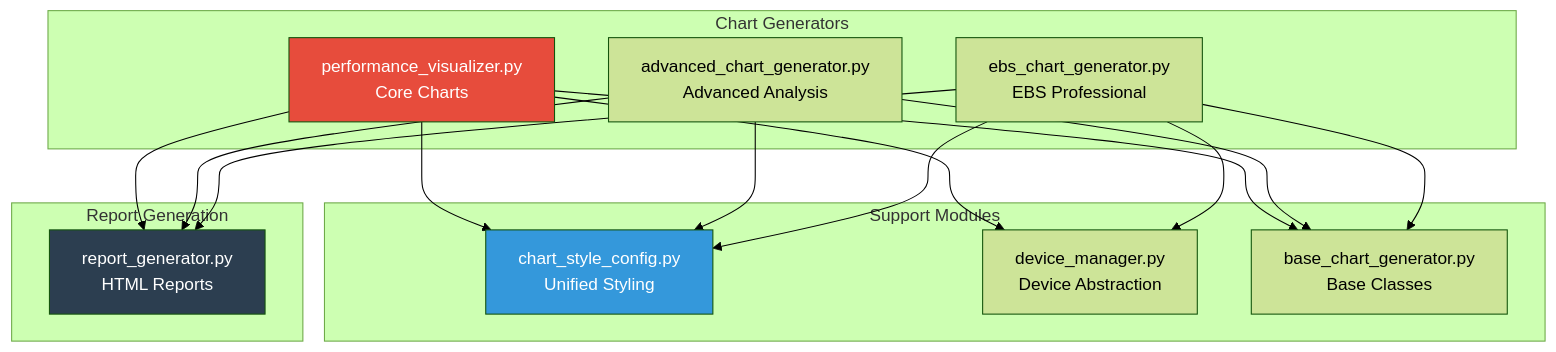
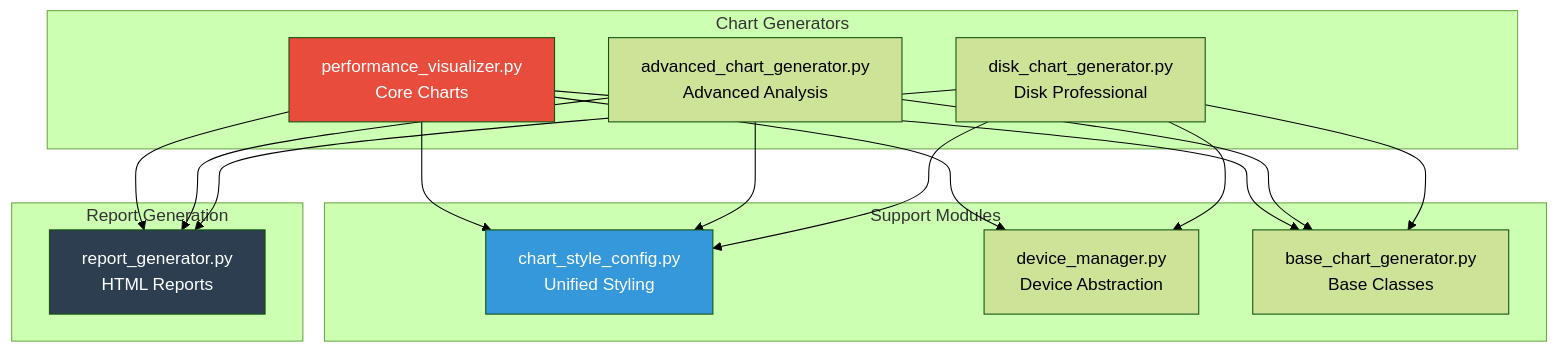
The seventh of 10 diagrams in docs/architecture-overview.md (StayHungryStayFoolish/blockchain-node-benchmark), drawn with Mermaid (forest theme) before and after one commit. The commit also changed other lines of this file and 77 other files, not shown here.

````diff
--- a/docs/architecture-overview.md
+++ b/docs/architecture-overview.md
@@ -473,35 +473,35 @@
 ```mermaid
 graph TB
     subgraph "Chart Generators"
         A[performance_visualizer.py<br/>Core Charts]
         B[advanced_chart_generator.py<br/>Advanced Analysis]
-        C[ebs_chart_generator.py<br/>EBS Professional]
+        C[disk_chart_generator.py<br/>Disk Professional]
     end
     
     subgraph "Support Modules"
         D[chart_style_config.py<br/>Unified Styling]
         E[device_manager.py<br/>Device Abstraction]
         F[base_chart_generator.py<br/>Base Classes]
     end
     
     subgraph "Report Generation"
         G[report_generator.py<br/>HTML Reports]
     end
     
     A --> D
     B --> D
     C --> D
     A --> E
     C --> E
     A --> F
     B --> F
     C --> F
     
     A --> G
     B --> G
     C --> G
     
     style A fill:#E74C3C,color:#fff
     style D fill:#3498DB,color:#fff
     style G fill:#2C3E50,color:#fff
 ```
````
